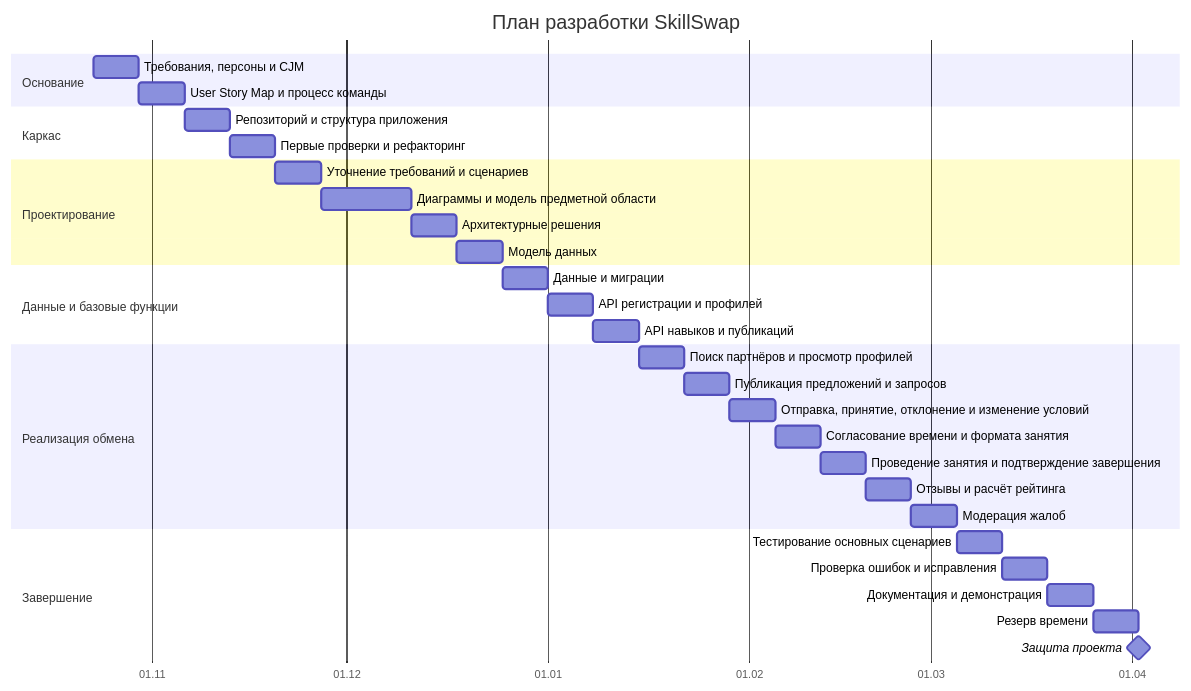
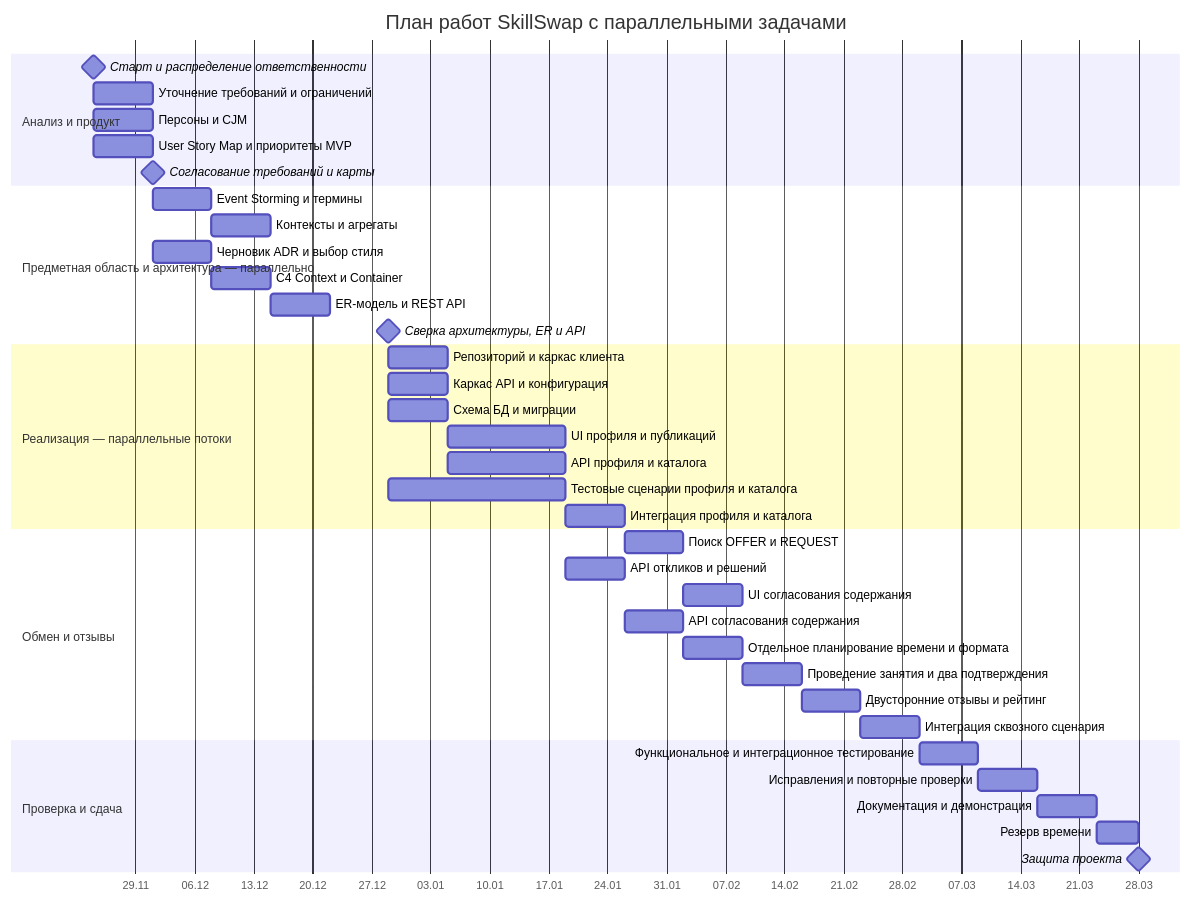
One commit to KAS-21vre/developmentTechnologies changed the diagram in gantt.md. Above: the diagram before and after it, drawn with Mermaid. The commit also changed other lines of this file, not shown here.

Commit message:
ЛР2 V02.4

````diff
--- a/gantt.md
+++ b/gantt.md
@@ -5,41 +5,47 @@
 ```mermaid
 gantt
-    title План разработки SkillSwap
+    title План работ SkillSwap с параллельными задачами
     dateFormat YYYY-MM-DD
     axisFormat %d.%m
 
-    section Основание
-    Требования, персоны и CJM :m1, 2026-10-23, 7d
-    User Story Map и процесс команды :m2, after m1, 7d
+    section Анализ и продукт
+    Старт и распределение ответственности :milestone, start, 2026-11-24, 0d
+    Уточнение требований и ограничений :req, 2026-11-24, 7d
+    Персоны и CJM :cjm, 2026-11-24, 7d
+    User Story Map и приоритеты MVP :usm, 2026-11-24, 7d
+    Согласование требований и карты :milestone, reqdone, 2026-12-01, 0d
 
-    section Каркас
-    Репозиторий и структура приложения :m3, after m2, 7d
-    Первые проверки и рефакторинг :m4, after m3, 7d
+    section Предметная область и архитектура — параллельно
+    Event Storming и термины :es, after reqdone, 7d
+    Контексты и агрегаты :domain, after es, 7d
+    Черновик ADR и выбор стиля :adr, after reqdone, 7d
+    C4 Context и Container :c4, after adr, 7d
+    ER-модель и REST API :erapi, after domain, 7d
+    Сверка архитектуры, ER и API :milestone, designdone, 2026-12-29, 0d
 
-    section Проектирование
-    Уточнение требований и сценариев :m5, after m4, 7d
-    Диаграммы и модель предметной области :m6, after m5, 14d
-    Архитектурные решения :m7, after m6, 7d
-    Модель данных :m8, after m7, 7d
+    section Реализация — параллельные потоки
+    Репозиторий и каркас клиента :clientbase, after designdone, 7d
+    Каркас API и конфигурация :apibase, after designdone, 7d
+    Схема БД и миграции :db, after designdone, 7d
+    UI профиля и публикаций :ui, after clientbase, 14d
+    API профиля и каталога :api1, after apibase, 14d
+    Тестовые сценарии профиля и каталога :test1, after designdone, 21d
+    Интеграция профиля и каталога :int1, after ui, 7d
 
-    section Данные и базовые функции
-    Данные и миграции :m9, after m8, 7d
-    API регистрации и профилей :m10, after m9, 7d
-    API навыков и публикаций :m11, after m10, 7d
+    section Обмен и отзывы
+    Поиск OFFER и REQUEST :search, after int1, 7d
+    API откликов и решений :proposal, after api1, 7d
+    UI согласования содержания :contentui, after search, 7d
+    API согласования содержания :contentapi, after proposal, 7d
+    Отдельное планирование времени и формата :schedule, after contentapi, 7d
+    Проведение занятия и два подтверждения :held, after schedule, 7d
+    Двусторонние отзывы и рейтинг :reviews, after held, 7d
+    Интеграция сквозного сценария :integration, after reviews, 7d
 
-    section Реализация обмена
-    Поиск партнёров и просмотр профилей :m12, after m11, 7d
-    Публикация предложений и запросов :m13, after m12, 7d
-    Отправка, принятие, отклонение и изменение условий :m14, after m13, 7d
-    Согласование времени и формата занятия :m15, after m14, 7d
-    Проведение занятия и подтверждение завершения :m16, after m15, 7d
-    Отзывы и расчёт рейтинга :m17, after m16, 7d
-    Модерация жалоб :m18, after m17, 7d
-
-    section Завершение
-    Тестирование основных сценариев :m19, after m18, 7d
-    Проверка ошибок и исправления :m20, after m19, 7d
-    Документация и демонстрация :m21, after m20, 7d
-    Резерв времени :buf, after m21, 7d
-    Защита проекта :milestone, defend, after buf, 0d
+    section Проверка и сдача
+    Функциональное и интеграционное тестирование :tests, after integration, 7d
+    Исправления и повторные проверки :fix, after tests, 7d
+    Документация и демонстрация :docs, after fix, 7d
+    Резерв времени :buffer, after docs, 5d
+    Защита проекта :milestone, defend, after buffer, 0d
 ```
````
